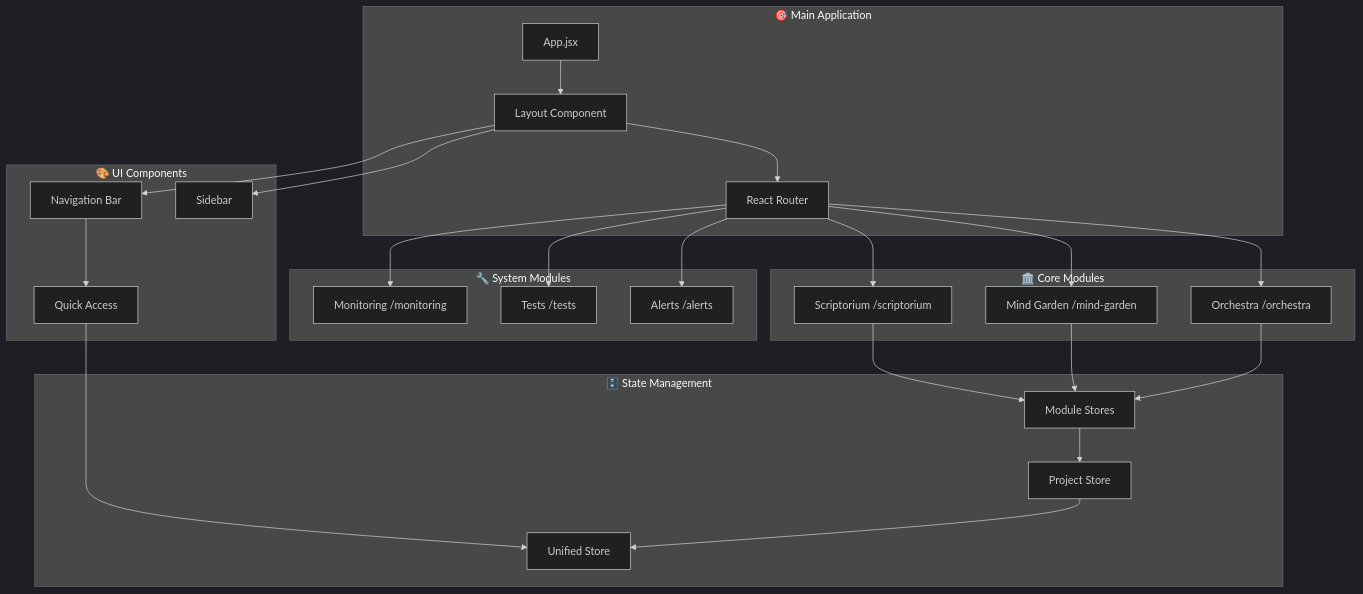
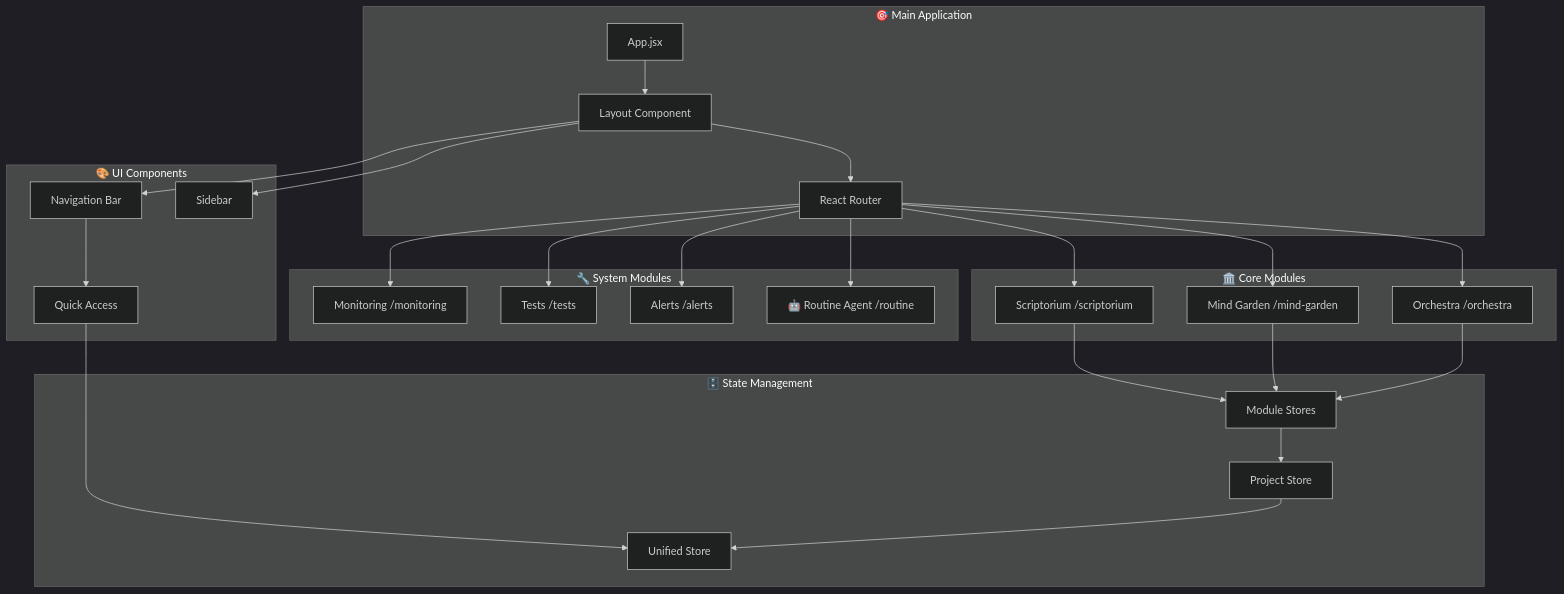
Before and after one commit to PRicaldone/atelier: the seventh of 16 diagrams in docs/architecture/VISUAL_ARCHITECTURE.md, drawn with Mermaid (dark theme). The commit also changed other lines of this file and 8 other files, not shown here.

Commit message:
📚 DOCUMENTATION COMPLETE: Updated architecture docs with Atelier Routine Agent - comprehensive visual diagrams and integration details

````diff
--- a/docs/architecture/VISUAL_ARCHITECTURE.md
+++ b/docs/architecture/VISUAL_ARCHITECTURE.md
@@ -250,54 +278,56 @@
 ```mermaid
 graph TB
     subgraph "🎯 Main Application"
         App[App.jsx]
         Layout[Layout Component]
         Router[React Router]
     end
 
     subgraph "🏛️ Core Modules"
         S[Scriptorium /scriptorium]
         MG[Mind Garden /mind-garden]
         O[Orchestra /orchestra]
     end
 
     subgraph "🔧 System Modules"
         Mon[Monitoring /monitoring]
         Test[Tests /tests]
         Alert[Alerts /alerts]
+        Routine[🤖 Routine Agent /routine]
     end
 
     subgraph "🎨 UI Components"
         Nav[Navigation Bar]
         Side[Sidebar]
         Quick[Quick Access]
     end
 
     subgraph "🗄️ State Management"
         US[Unified Store]
         PS[Project Store]
         MS[Module Stores]
     end
 
     App --> Layout
     Layout --> Router
     Layout --> Nav
     Layout --> Side
     
     Router --> S
     Router --> MG
     Router --> O
     Router --> Mon
     Router --> Test
     Router --> Alert
+    Router --> Routine
     
     Nav --> Quick
     Quick --> US
     
     S --> MS
     MG --> MS
     O --> MS
     
     MS --> PS
     PS --> US
 ```
````
